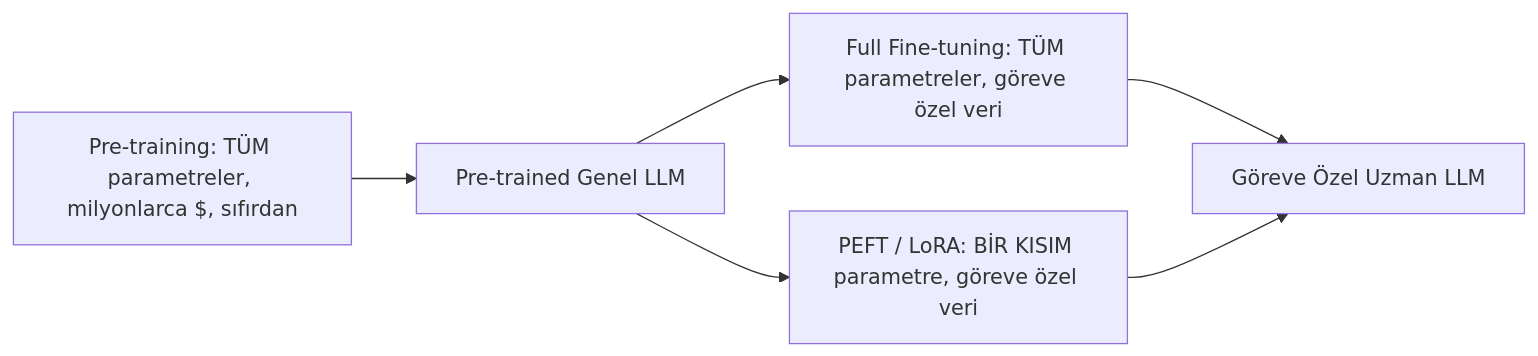
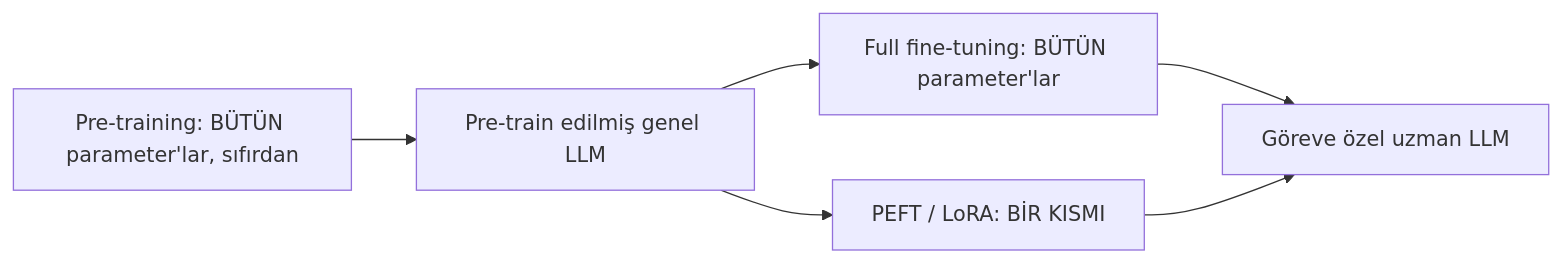
The third of 4 diagrams in mini-courses/1_fundamentals/2_training_tr.md (lokumai/ai-engineering-bazaar), drawn with Mermaid before and after one commit. The commit also changed other lines of this file and 7 other files, not shown here.

````diff
--- a/mini-courses/1_fundamentals/2_training_tr.md
+++ b/mini-courses/1_fundamentals/2_training_tr.md
@@ -132,8 +234,8 @@
 ```mermaid
 graph LR
-    A[Pre-training: TÜM parametreler, milyonlarca $, sıfırdan] --> B[Pre-trained Genel LLM]
-    B --> C[Full Fine-tuning: TÜM parametreler, göreve özel veri]
-    B --> D[PEFT / LoRA: BİR KISIM parametre, göreve özel veri]
-    C --> E[Göreve Özel Uzman LLM]
+    A["Pre-training: BÜTÜN parameter'lar, sıfırdan"] --> B["Pre-train edilmiş genel LLM"]
+    B --> C["Full fine-tuning: BÜTÜN parameter'lar"]
+    B --> D["PEFT / LoRA: BİR KISMI"]
+    C --> E["Göreve özel uzman LLM"]
     D --> E
 ```
````
